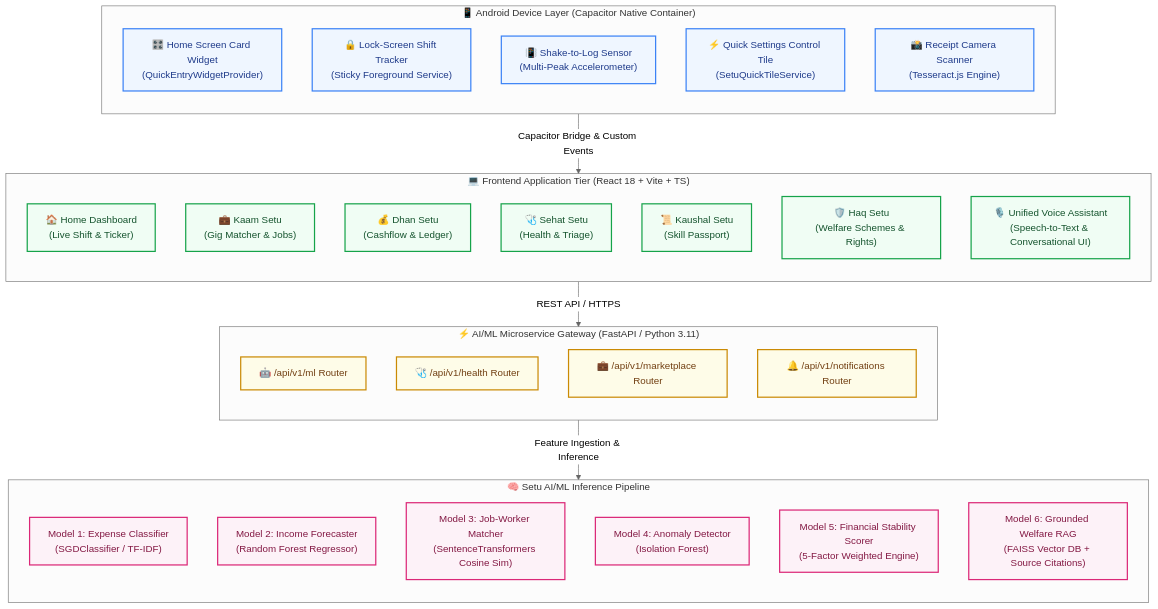
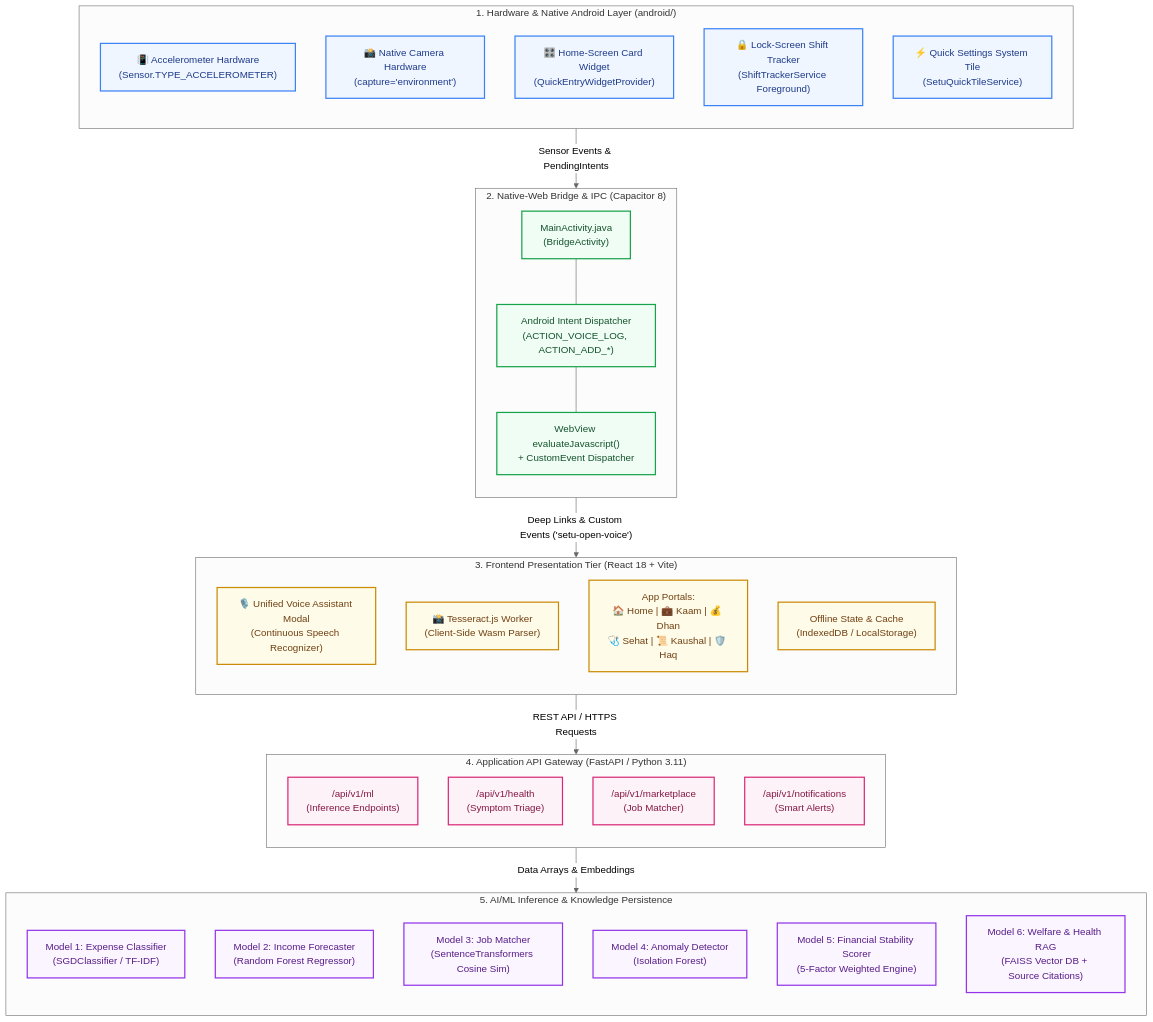
One commit to bhumika-chaudhari/fairwork-setu changed the first of 2 diagrams in README.md. Above: the diagram before and after it, drawn with Mermaid (neutral theme). The commit also changed other lines of this file, not shown here.

Commit message:
docs(readme): add detailed system architecture, tech stack matrix, and dedicated Android native deep-dive

````diff
--- a/README.md
+++ b/README.md
@@ -34,56 +100,66 @@
 ```mermaid
 flowchart TD
-    subgraph MobileDevice ["📱 Android Device Layer (Capacitor Native Container)"]
+    subgraph Tier1 ["1. Hardware & Native Android Layer (android/)"]
         direction TB
-        AppWidget["🎛️ Home Screen Card Widget<br/>(QuickEntryWidgetProvider)"]
-        LockScreen["🔒 Lock-Screen Shift Tracker<br/>(Sticky Foreground Service)"]
-        ShakeSensor["📳 Shake-to-Log Sensor<br/>(Multi-Peak Accelerometer)"]
-        QuickTile["⚡ Quick Settings Control Tile<br/>(SetuQuickTileService)"]
-        CameraOCR["📸 Receipt Camera Scanner<br/>(Tesseract.js Engine)"]
+        Shake["📳 Accelerometer Hardware<br/>(Sensor.TYPE_ACCELEROMETER)"]
+        Cam["📸 Native Camera Hardware<br/>(capture='environment')"]
+        Widget["🎛️ Home-Screen Card Widget<br/>(QuickEntryWidgetProvider)"]
+        Shift["🔒 Lock-Screen Shift Tracker<br/>(ShiftTrackerService Foreground)"]
+        Tile["⚡ Quick Settings System Tile<br/>(SetuQuickTileService)"]
     end
 
-    subgraph ClientPWA ["💻 Frontend Application Tier (React 18 + Vite + TS)"]
+    subgraph Tier2 ["2. Native-Web Bridge & IPC (Capacitor 8)"]
         direction TB
-        UI_Home["🏠 Home Dashboard<br/>(Live Shift & Ticker)"]
-        UI_Kaam["💼 Kaam Setu<br/>(Gig Matcher & Jobs)"]
-        UI_Dhan["💰 Dhan Setu<br/>(Cashflow & Ledger)"]
-        UI_Sehat["🩺 Sehat Setu<br/>(Health & Triage)"]
-        UI_Kaushal["📜 Kaushal Setu<br/>(Skill Passport)"]
-        UI_Haq["🛡️ Haq Setu<br/>(Welfare Schemes & Rights)"]
-        VoiceAssistant["🎙️ Unified Voice Assistant<br/>(Speech-to-Text & Conversational UI)"]
+        Bridge["MainActivity.java<br/>(BridgeActivity)"]
+        Intents["Android Intent Dispatcher<br/>(ACTION_VOICE_LOG, ACTION_ADD_*)"]
+        JSEval["WebView evaluateJavascript()<br/>+ CustomEvent Dispatcher"]
+        Bridge --- Intents
+        Intents --- JSEval
     end
 
-    MobileDevice -->|"Capacitor Bridge & Custom Events"| ClientPWA
+    Tier1 -->|"Sensor Events & PendingIntents"| Tier2
 
-    subgraph BackendAPI ["⚡ AI/ML Microservice Gateway (FastAPI / Python 3.11)"]
+    subgraph Tier3 ["3. Frontend Presentation Tier (React 18 + Vite)"]
         direction TB
-        Router_ML["🤖 /api/v1/ml Router"]
-        Router_Health["🩺 /api/v1/health Router"]
-        Router_Market["💼 /api/v1/marketplace Router"]
-        Router_Notify["🔔 /api/v1/notifications Router"]
+        VoiceModal["🎙️ Unified Voice Assistant Modal<br/>(Continuous Speech Recognizer)"]
+        OCRWorker["📸 Tesseract.js Worker<br/>(Client-Side Wasm Parser)"]
+        Pages["App Portals:<br/>🏠 Home | 💼 Kaam | 💰 Dhan<br/>🩺 Sehat | 📜 Kaushal | 🛡️ Haq"]
+        LocalState["Offline State & Cache<br/>(IndexedDB / LocalStorage)"]
     end
 
-    ClientPWA -->|"REST API / HTTPS"| BackendAPI
+    Tier2 -->|"Deep Links & Custom Events ('setu-open-voice')"| Tier3
 
-    subgraph MLModels ["🧠 Setu AI/ML Inference Pipeline"]
+    subgraph Tier4 ["4. Application API Gateway (FastAPI / Python 3.11)"]
         direction TB
-        M1["Model 1: Expense Classifier<br/>(SGDClassifier / TF-IDF)"]
-        M2["Model 2: Income Forecaster<br/>(Random Forest Regressor)"]
-        M3["Model 3: Job-Worker Matcher<br/>(SentenceTransformers Cosine Sim)"]
-        M4["Model 4: Anomaly Detector<br/>(Isolation Forest)"]
-        M5["Model 5: Financial Stability Scorer<br/>(5-Factor Weighted Engine)"]
-        M6["Model 6: Grounded Welfare RAG<br/>(FAISS Vector DB + Source Citations)"]
+        MLRouter["/api/v1/ml<br/>(Inference Endpoints)"]
+        HealthRouter["/api/v1/health<br/>(Symptom Triage)"]
+        MarketRouter["/api/v1/marketplace<br/>(Job Matcher)"]
+        NotifyRouter["/api/v1/notifications<br/>(Smart Alerts)"]
     end
 
-    BackendAPI -->|"Feature Ingestion & Inference"| MLModels
+    Tier3 -->|"REST API / HTTPS Requests"| Tier4
 
-    classDef mobile fill:#eff6ff,stroke:#3b82f6,stroke-width:2px,color:#1e3a8a;
-    classDef client fill:#f0fdf4,stroke:#16a34a,stroke-width:2px,color:#14532d;
-    classDef api fill:#fefce8,stroke:#ca8a04,stroke-width:2px,color:#713f12;
-    classDef ml fill:#fdf2f8,stroke:#db2777,stroke-width:2px,color:#831843;
+    subgraph Tier5 ["5. AI/ML Inference & Knowledge Persistence"]
+        direction TB
+        Model1["Model 1: Expense Classifier<br/>(SGDClassifier / TF-IDF)"]
+        Model2["Model 2: Income Forecaster<br/>(Random Forest Regressor)"]
+        Model3["Model 3: Job Matcher<br/>(SentenceTransformers Cosine Sim)"]
+        Model4["Model 4: Anomaly Detector<br/>(Isolation Forest)"]
+        Model5["Model 5: Financial Stability Scorer<br/>(5-Factor Weighted Engine)"]
+        Model6["Model 6: Welfare & Health RAG<br/>(FAISS Vector DB + Source Citations)"]
+    end
 
-    class AppWidget,LockScreen,ShakeSensor,QuickTile,CameraOCR mobile;
-    class UI_Home,UI_Kaam,UI_Dhan,UI_Sehat,UI_Kaushal,UI_Haq,VoiceAssistant client;
-    class Router_ML,Router_Health,Router_Market,Router_Notify api;
-    class M1,M2,M3,M4,M5,M6 ml;
+    Tier4 -->|"Data Arrays & Embeddings"| Tier5
+
+    classDef t1 fill:#eff6ff,stroke:#3b82f6,stroke-width:2px,color:#1e3a8a;
+    classDef t2 fill:#f0fdf4,stroke:#16a34a,stroke-width:2px,color:#14532d;
+    classDef t3 fill:#fefce8,stroke:#ca8a04,stroke-width:2px,color:#713f12;
+    classDef t4 fill:#fdf2f8,stroke:#db2777,stroke-width:2px,color:#831843;
+    classDef t5 fill:#faf5ff,stroke:#9333ea,stroke-width:2px,color:#581c87;
+
+    class Shake,Cam,Widget,Shift,Tile t1;
+    class Bridge,Intents,JSEval t2;
+    class VoiceModal,OCRWorker,Pages,LocalState t3;
+    class MLRouter,HealthRouter,MarketRouter,NotifyRouter t4;
+    class Model1,Model2,Model3,Model4,Model5,Model6 t5;
 ```
````
